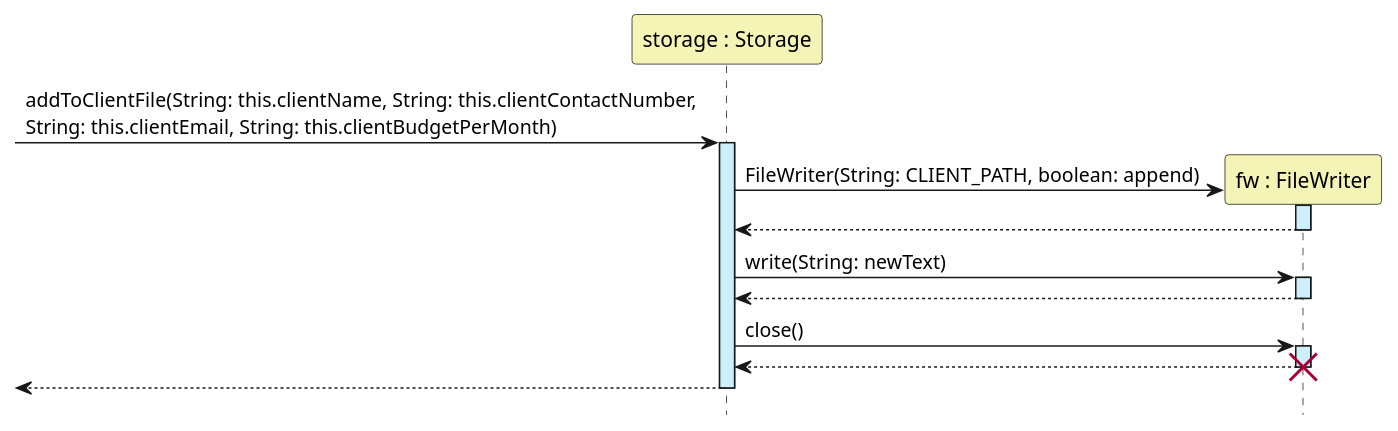
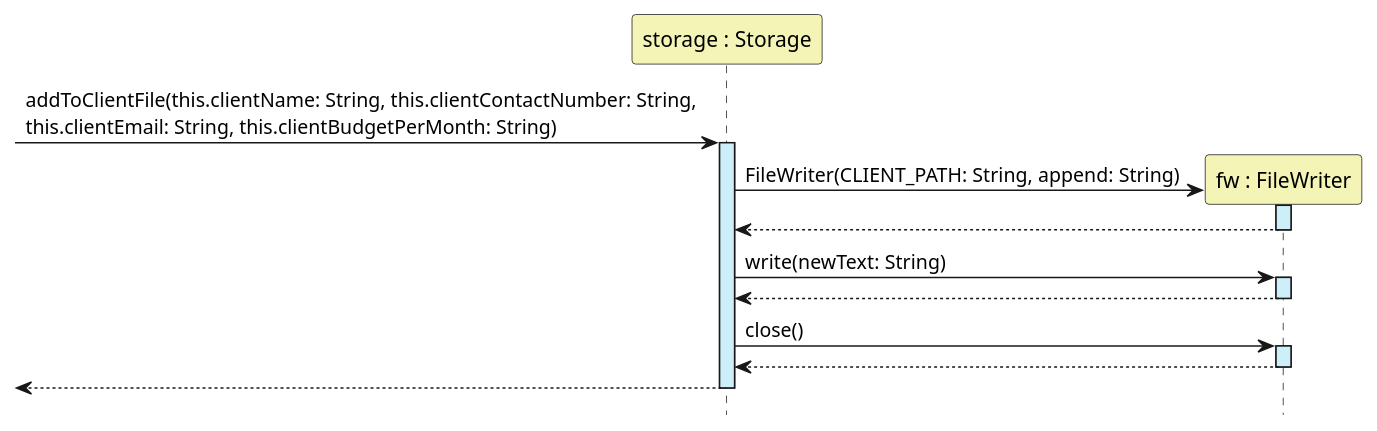
One commit to nus-cs2113-AY2223S1/tp changed the diagram in docs/diagrams/PlantUML File/StorageAddClientSequenceDiagram.puml. Above: the diagram before and after it, drawn with PlantUML. The commit also changed 16 other files, not shown here.

Commit message:
Update Developer Guide with Find feature and fix incorrect UML diagram

```diff
--- a/docs/diagrams/PlantUML File/StorageAddClientSequenceDiagram.puml
+++ b/docs/diagrams/PlantUML File/StorageAddClientSequenceDiagram.puml
@@ -1,27 +1,26 @@
 @startuml
 'https://plantuml.com/sequence-diagram
 
 hide footbox
 
 Participant "storage : Storage" as Storage #F4F4B6
 Participant "fw : FileWriter" as FileWriter #F4F4B6
 
-->Storage:addToClientFile(String: this.clientName, String: this.clientContactNumber, \nString: this.clientEmail, String: this.clientBudgetPerMonth)
+->Storage:addToClientFile(this.clientName: String, this.clientContactNumber: String, \nthis.clientEmail: String, this.clientBudgetPerMonth: String)
 activate Storage #CDEFF9
 
 create FileWriter
-Storage -> FileWriter:FileWriter(String: CLIENT_PATH, boolean: append)
+Storage -> FileWriter:FileWriter(CLIENT_PATH: String, append: String)
 activate FileWriter #CDEFF9
 return
 
-Storage -> FileWriter:write(String: newText)
+Storage -> FileWriter:write(newText: String)
 activate FileWriter #CDEFF9
 return
 
 Storage -> FileWriter:close()
 activate FileWriter #CDEFF9
 return
-destroy FileWriter
 
 return
 @enduml
```
